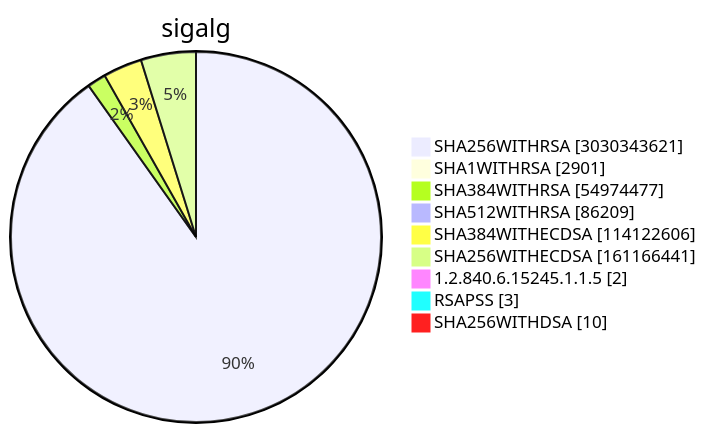
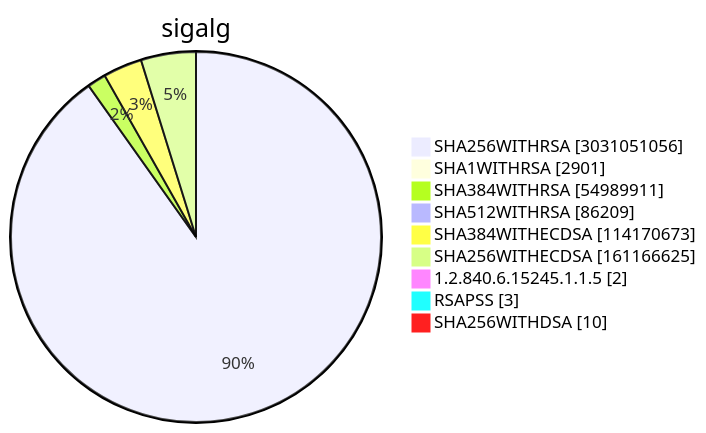
Before and after one commit to christiankrug/ctmonitor_visualization: diagram 15 of 15 in TOTAL/README.md, drawn with Mermaid. The commit also changed other lines of this file, not shown here.

````diff
--- a/TOTAL/README.md
+++ b/TOTAL/README.md
@@ -6208,13 +6208,13 @@
 ```mermaid
 pie showData
 title sigalg
-"SHA256WITHRSA" :3030343621
+"SHA256WITHRSA" :3031051056
 "SHA1WITHRSA" :2901
-"SHA384WITHRSA" :54974477
+"SHA384WITHRSA" :54989911
 "SHA512WITHRSA" :86209
-"SHA384WITHECDSA" :114122606
-"SHA256WITHECDSA" :161166441
+"SHA384WITHECDSA" :114170673
+"SHA256WITHECDSA" :161166625
 "1.2.840.6.15245.1.1.5" :2
 "RSAPSS" :3
 "SHA256WITHDSA" :10
 ```
````
